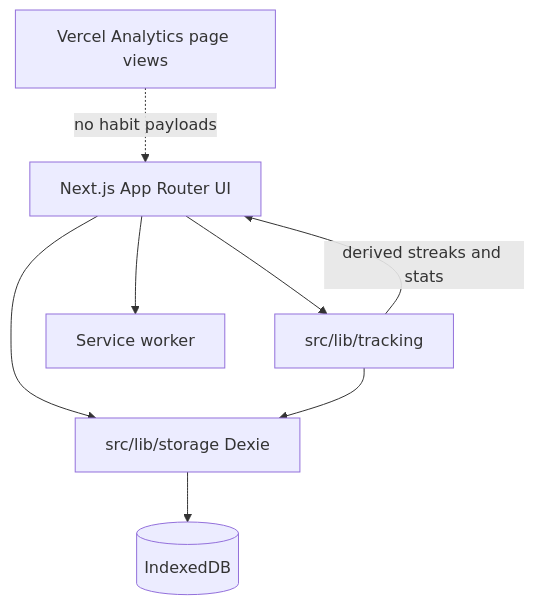
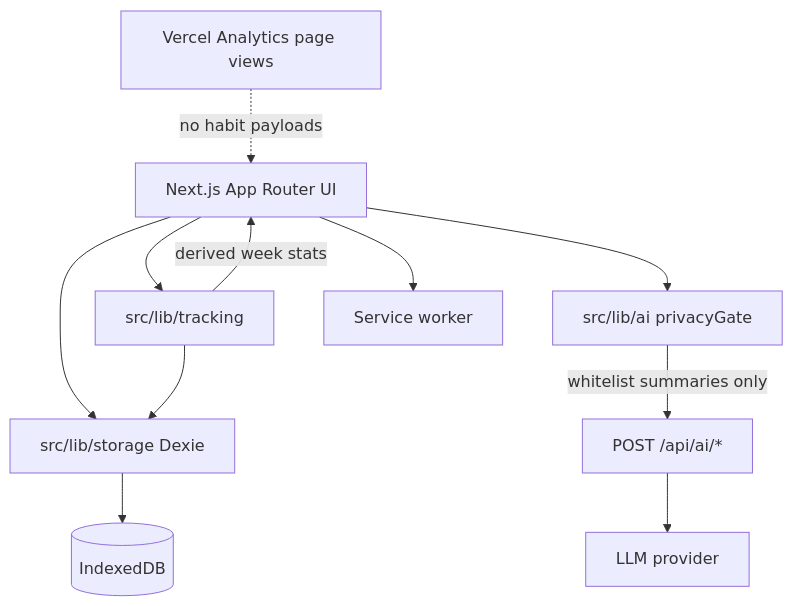
Before and after one commit to weidong808/ai-in-action-roadmap: the first of 2 diagrams in apps/habitcheck-architecture.md, drawn with Mermaid. The commit also changed other lines of this file and 8 other files, not shown here.

````diff
--- a/apps/habitcheck-architecture.md
+++ b/apps/habitcheck-architecture.md
@@ -27,17 +28,23 @@
 ```mermaid
 flowchart TB
   UI[Next.js App Router UI]
   Tracking[src/lib/tracking]
   Storage[src/lib/storage Dexie]
+  AI[src/lib/ai privacyGate]
   IDB[(IndexedDB)]
   SW[Service worker]
+  API["POST /api/ai/*"]
+  Model[LLM provider]
   Analytics[Vercel Analytics page views]
 
   UI --> Tracking
   UI --> Storage
+  UI --> AI
   Tracking --> Storage
   Storage --> IDB
+  AI -->|"whitelist summaries only"| API
+  API --> Model
   UI --> SW
-  Tracking -->|"derived streaks and stats"| UI
+  Tracking -->|"derived week stats"| UI
   Analytics -.->|"no habit payloads"| UI
 ```
````
